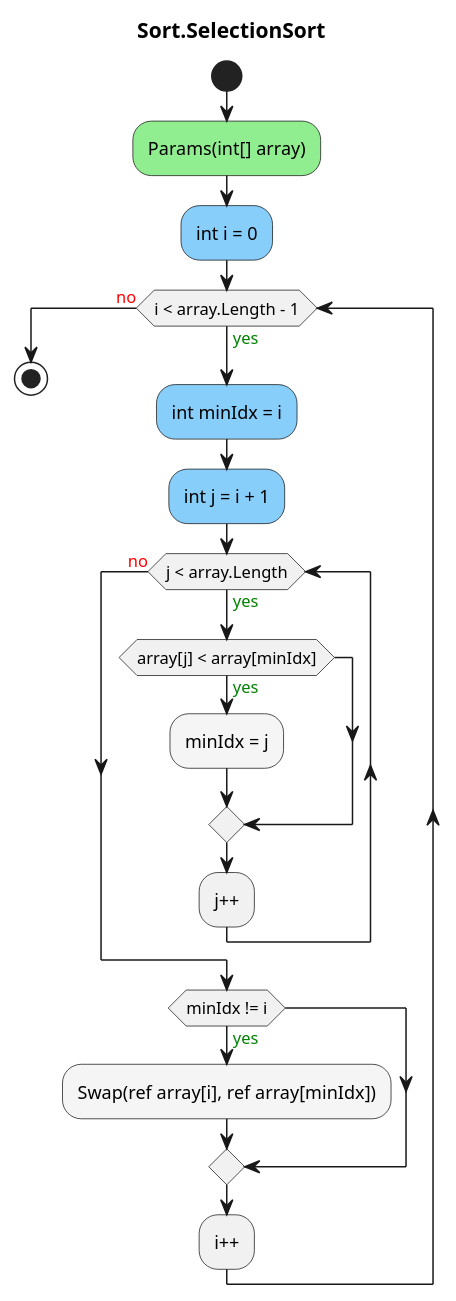
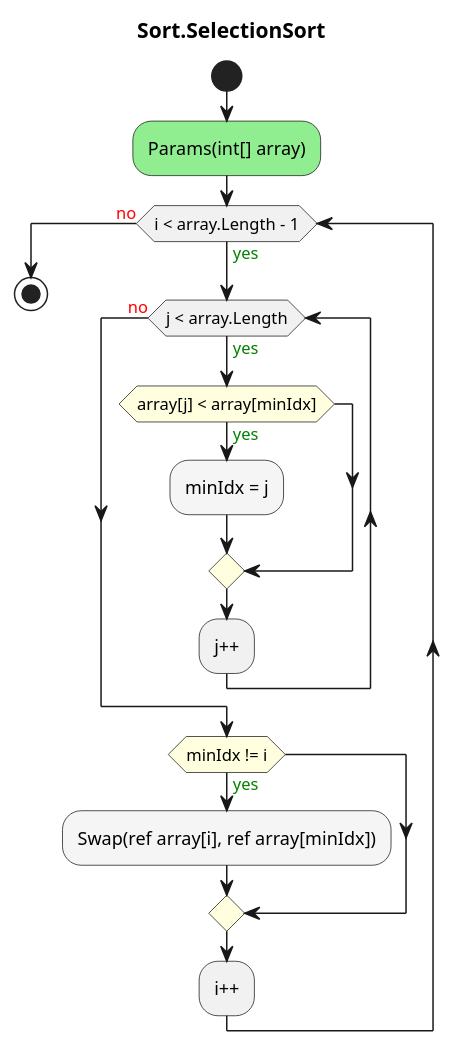
Before and after one commit to leoggehrer/2324-34_ABIF_ACIF_POSE: the diagram in SortingAlgorithms.ConApp/diagrams/ac_Sort_SelectionSort.puml, drawn with PlantUML. The commit also changed 13 other files, not shown here.

Commit message:
Generate sort diagrams.

```diff
--- a/SortingAlgorithms.ConApp/diagrams/ac_Sort_SelectionSort.puml
+++ b/SortingAlgorithms.ConApp/diagrams/ac_Sort_SelectionSort.puml
@@ -1,21 +1,18 @@
 @startuml Sort.SelectionSort
 title Sort.SelectionSort
 start
 #LightGreen:Params(int[] array);
-#LightSkyBlue:int i = 0;
 while (i < array.Length - 1) is (<color:green>yes)
-        #LightSkyBlue:int minIdx = i;
-        #LightSkyBlue:int j = i + 1;
         while (j < array.Length) is (<color:green>yes)
-                if (array[j] < array[minIdx]) then (<color:green>yes)
+                #LightYellow:if (array[j] < array[minIdx]) then (<color:green>yes)
                         #WhiteSmoke:minIdx = j;
                 endif
         :j++;
         endwhile (<color:red>no)
-        if (minIdx != i) then (<color:green>yes)
+        #LightYellow:if (minIdx != i) then (<color:green>yes)
                 #WhiteSmoke:Swap(ref array[i], ref array[minIdx]);
         endif
 :i++;
 endwhile (<color:red>no)
 stop
 @enduml
```
